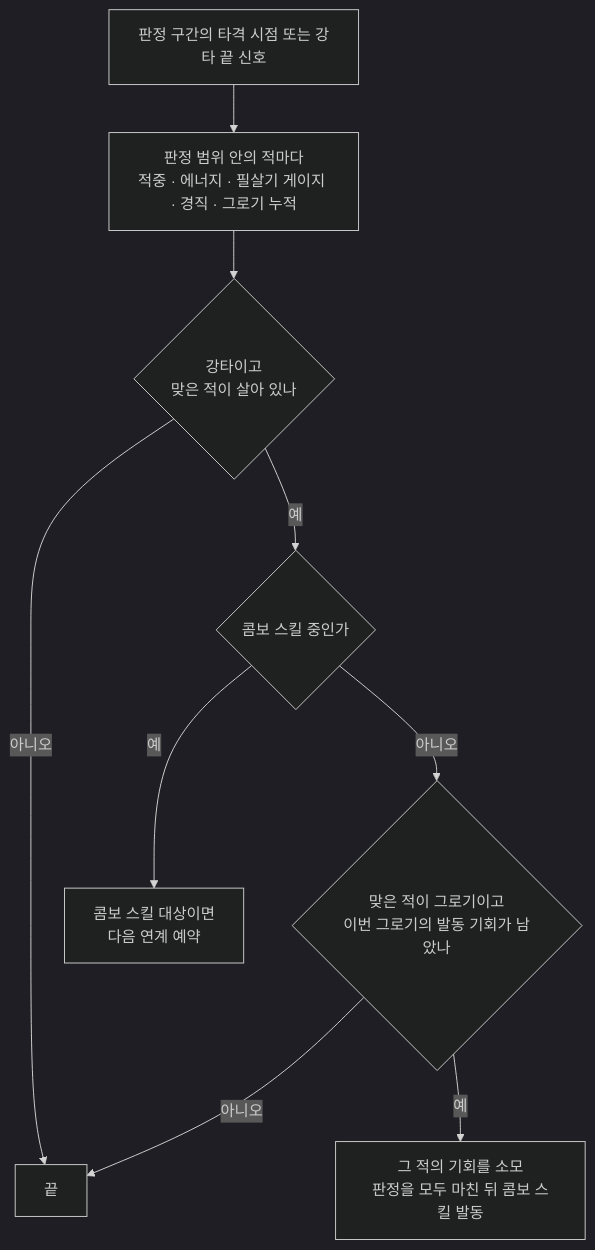
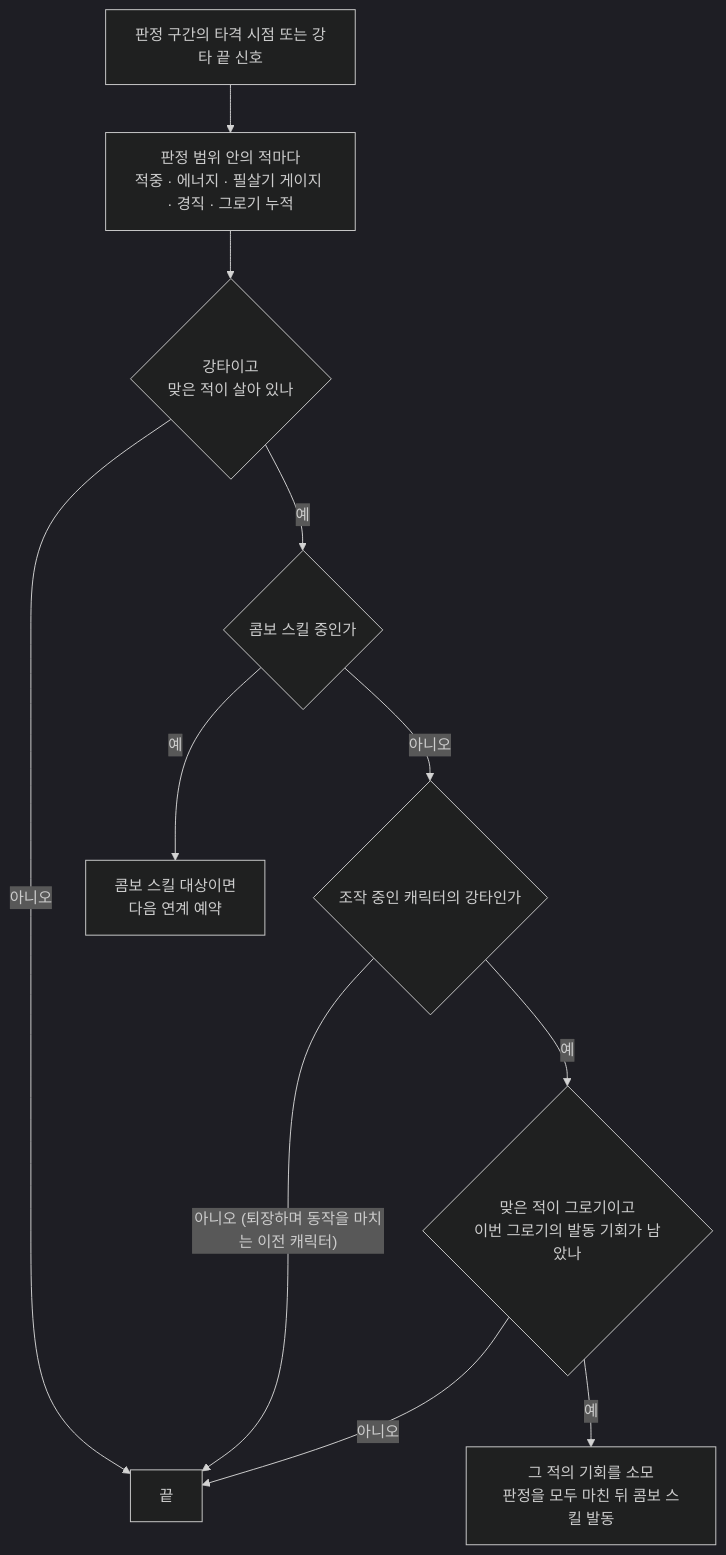
The first of 2 diagrams in Docs/Technical/Player/PlayerComboSkill.md (SquashPrince/Develrocket_mp15_HHH), drawn with Mermaid (dark theme) before and after one commit. The commit also changed other lines of this file and 3 other files, not shown here.

````diff
--- a/Docs/Technical/Player/PlayerComboSkill.md
+++ b/Docs/Technical/Player/PlayerComboSkill.md
@@ -31,11 +31,13 @@
 ```mermaid
 flowchart TD
     H["판정 구간의 타격 시점 또는 강타 끝 신호"] --> J["판정 범위 안의 적마다<br>적중 · 에너지 · 필살기 게이지 · 경직 · 그로기 누적"]
     J --> I{"강타이고<br>맞은 적이 살아 있나"}
     I -->|"아니오"| N["끝"]
     I -->|"예"| A{"콤보 스킬 중인가"}
     A -->|"예"| Q["콤보 스킬 대상이면<br>다음 연계 예약"]
-    A -->|"아니오"| G{"맞은 적이 그로기이고<br>이번 그로기의 발동 기회가 남았나"}
+    A -->|"아니오"| C{"조작 중인 캐릭터의 강타인가"}
+    C -->|"아니오 (퇴장하며 동작을 마치는 이전 캐릭터)"| N
+    C -->|"예"| G{"맞은 적이 그로기이고<br>이번 그로기의 발동 기회가 남았나"}
     G -->|"아니오"| N
     G -->|"예"| U["그 적의 기회를 소모<br>판정을 모두 마친 뒤 콤보 스킬 발동"]
 ```
````
